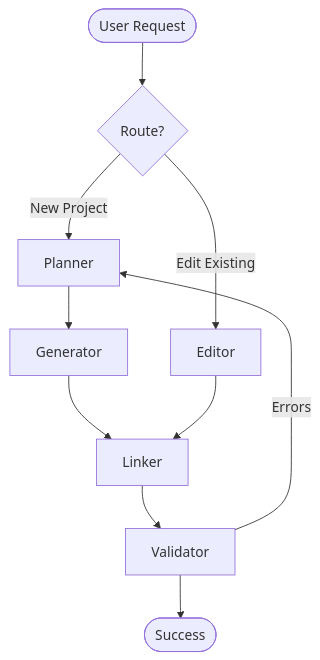
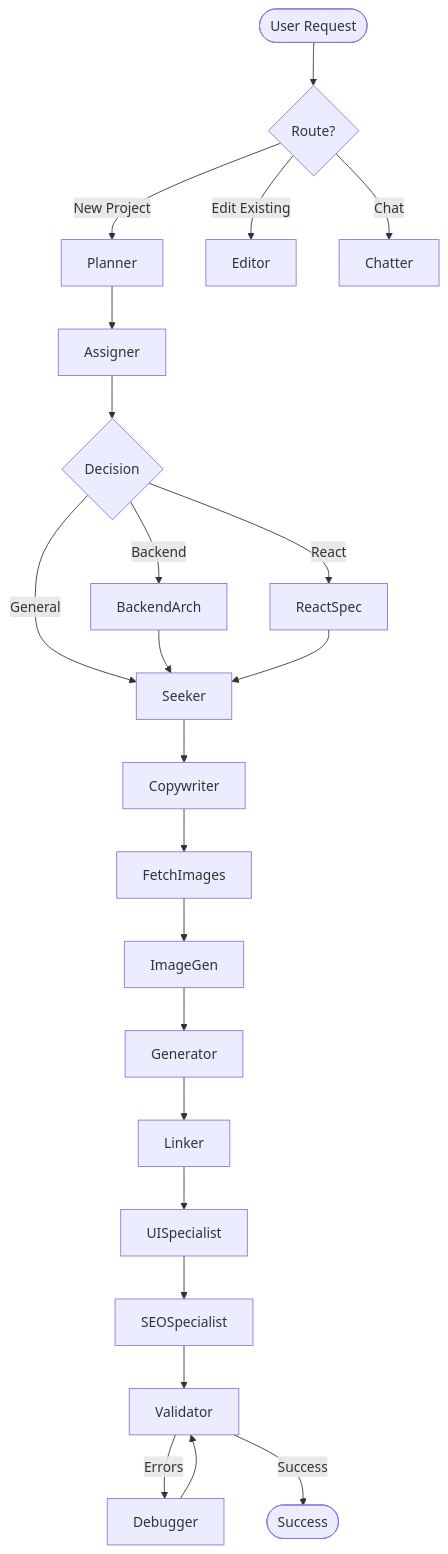
The diagram in vibe-langgraph/docs/HOW_IT_WORKS.md (msaxena1212/vibecoding), drawn with Mermaid before and after one commit. The commit also changed other lines of this file and 91 other files, not shown here.

````diff
--- a/vibe-langgraph/docs/HOW_IT_WORKS.md
+++ b/vibe-langgraph/docs/HOW_IT_WORKS.md
@@ -39,15 +35,31 @@
 ```mermaid
 graph TD
     Start([User Request]) --> Router{Route?}
     Router -- New Project --> Planner
     Router -- Edit Existing --> Editor
+    Router -- Chat --> Chatter
     
-    Planner --> Generator
+    Planner --> Assigner
+    Assigner --> Specialized{Decision}
+    
+    Specialized -- Backend --> BackendArch
+    Specialized -- React --> ReactSpec
+    Specialized -- General --> Seeker
+    
+    BackendArch --> Seeker
+    ReactSpec --> Seeker
+    
+    Seeker --> Copywriter
+    Copywriter --> FetchImages
+    FetchImages --> ImageGen
+    ImageGen --> Generator
+    
     Generator --> Linker
-    Linker --> Validator
+    Linker --> UISpecialist
+    UISpecialist --> SEOSpecialist
+    SEOSpecialist --> Validator
     
-    Editor --> Linker
-    
-    Validator --> End([Success])
-    Validator -- Errors --> Planner
+    Validator -- Errors --> Debugger
+    Debugger --> Validator
+    Validator -- Success --> End([Success])
 ```
````
